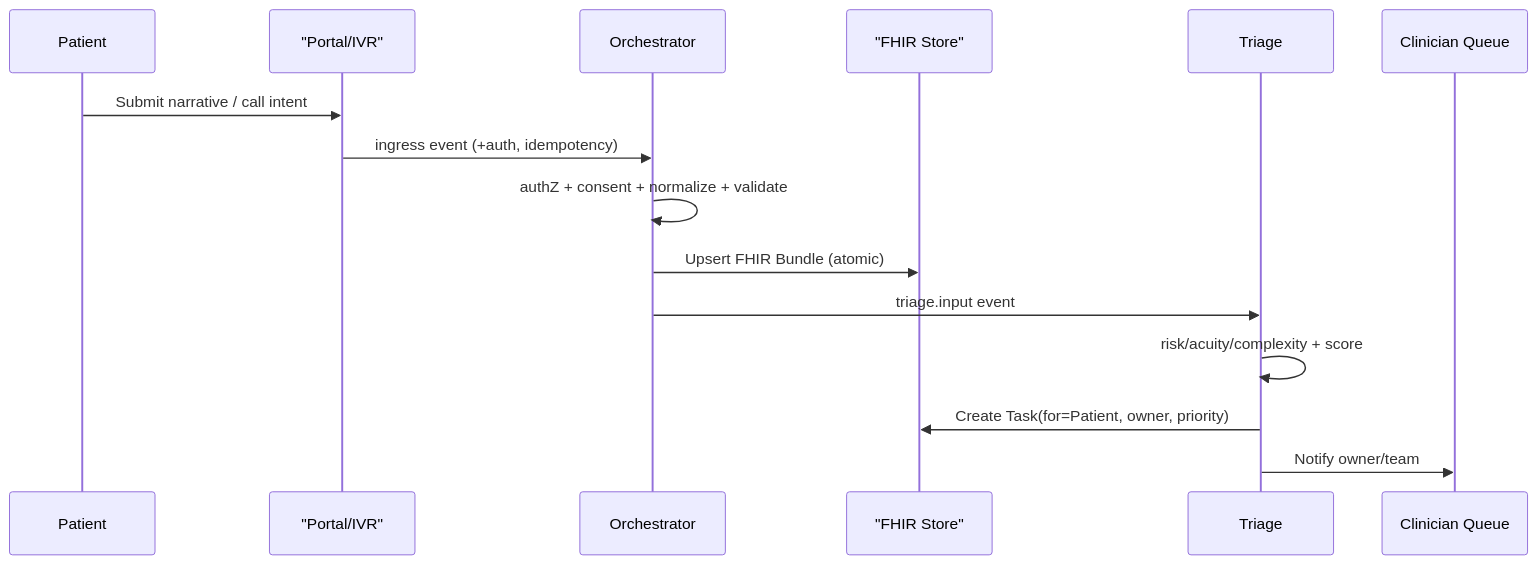
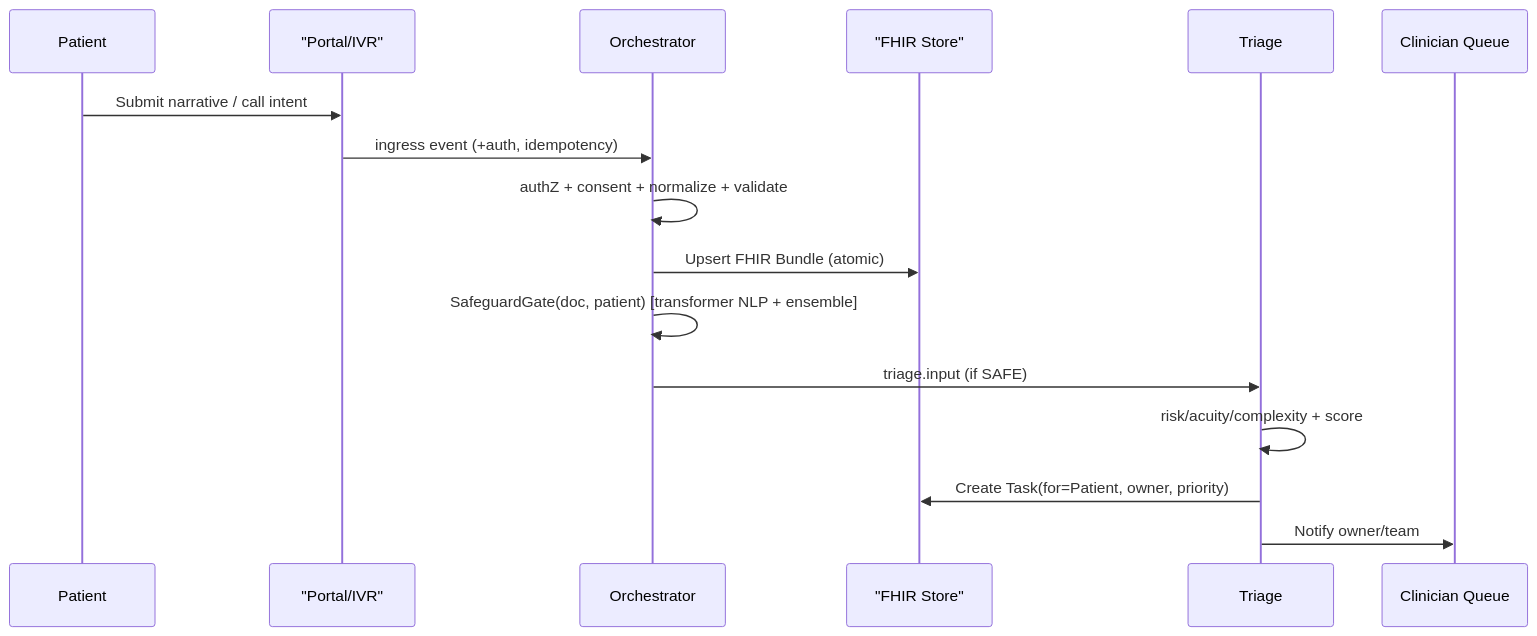
One commit to georgeahmed/onecare changed the second of 12 diagrams in Algorithm.md. Above: the diagram before and after it, drawn with Mermaid. The commit also changed other lines of this file, not shown here.

````diff
--- a/Algorithm.md
+++ b/Algorithm.md
@@ -175,17 +187,18 @@
 ```mermaid
 sequenceDiagram
   participant Patient
   participant Portal as "Portal/IVR"
   participant Orc as Orchestrator
   participant F as "FHIR Store"
   participant Tri as Triage
   participant Q as Clinician Queue
   Patient->>Portal: Submit narrative / call intent
   Portal->>Orc: ingress event (+auth, idempotency)
   Orc->>Orc: authZ + consent + normalize + validate
   Orc->>F: Upsert FHIR Bundle (atomic)
-  Orc->>Tri: triage.input event
+  Orc->>Orc: SafeguardGate(doc, patient) [transformer NLP + ensemble]
+  Orc->>Tri: triage.input (if SAFE)
   Tri->>Tri: risk/acuity/complexity + score
   Tri->>F: Create Task(for=Patient, owner, priority)
   Tri->>Q: Notify owner/team
 ```
````
